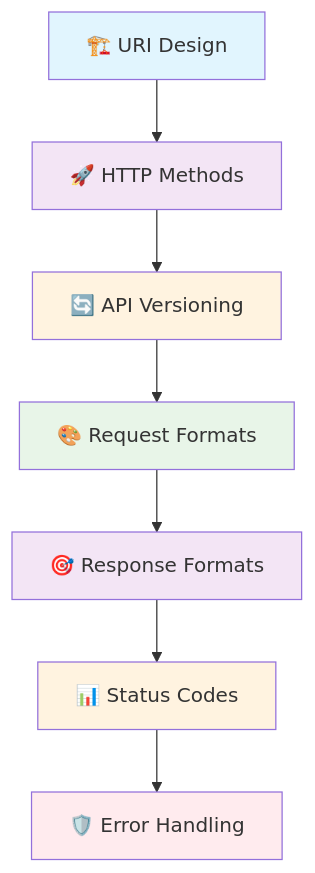
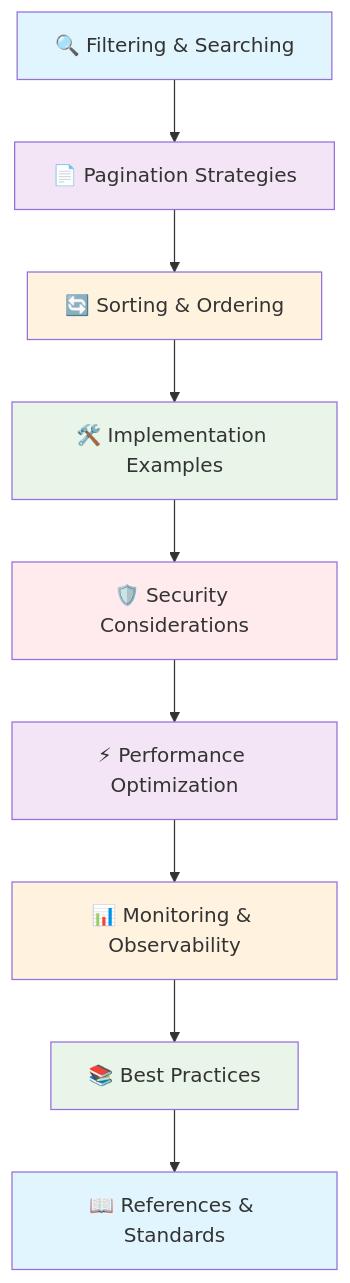
One commit to ridwanspace/restful-fastapi-guideline changed the diagram in app/docs/03_intermediate/page.mdx. Above: the diagram before and after it, drawn with Mermaid. The commit also changed other lines of this file and 25 other files, not shown here.

````diff
--- a/app/docs/03_intermediate/page.mdx
+++ b/app/docs/03_intermediate/page.mdx
@@ -111,17 +25,21 @@
 ```mermaid
 graph TD
-    A[🏗️ URI Design] --> B[🚀 HTTP Methods]
-    B --> C[🔄 API Versioning]
-    C --> D[🎨 Request Formats]
-    D --> E[🎯 Response Formats]
-    E --> F[📊 Status Codes]
-    F --> G[🛡️ Error Handling]
+    A[🔍 Filtering & Searching] --> B[📄 Pagination Strategies]
+    B --> C[🔄 Sorting & Ordering]
+    C --> D[🛠️ Implementation Examples]
+    D --> E[🛡️ Security Considerations]
+    E --> F[⚡ Performance Optimization]
+    F --> G[📊 Monitoring & Observability]
+    G --> H[📚 Best Practices]
+    H --> I[📖 References & Standards]
     
     style A fill:#e1f5fe
     style B fill:#f3e5f5
     style C fill:#fff3e0
     style D fill:#e8f5e8
-    style E fill:#f3e5f5
-    style F fill:#fff3e0
-    style G fill:#ffebee
+    style E fill:#ffebee
+    style F fill:#f3e5f5
+    style G fill:#fff3e0
+    style H fill:#e8f5e8
+    style I fill:#e1f5fe
 ```
````
